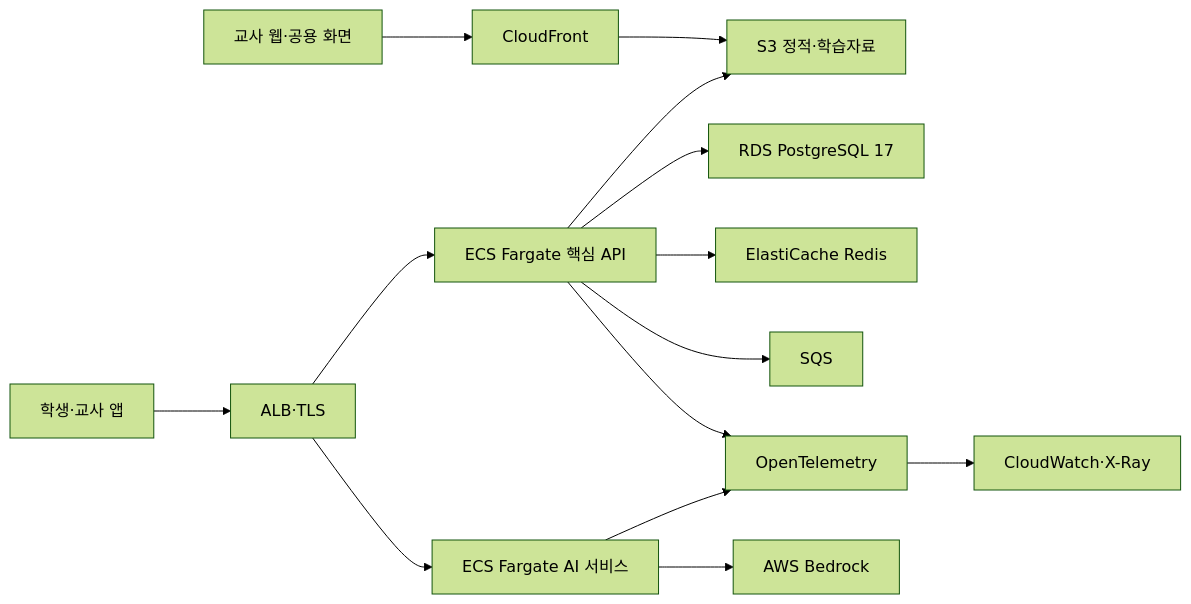
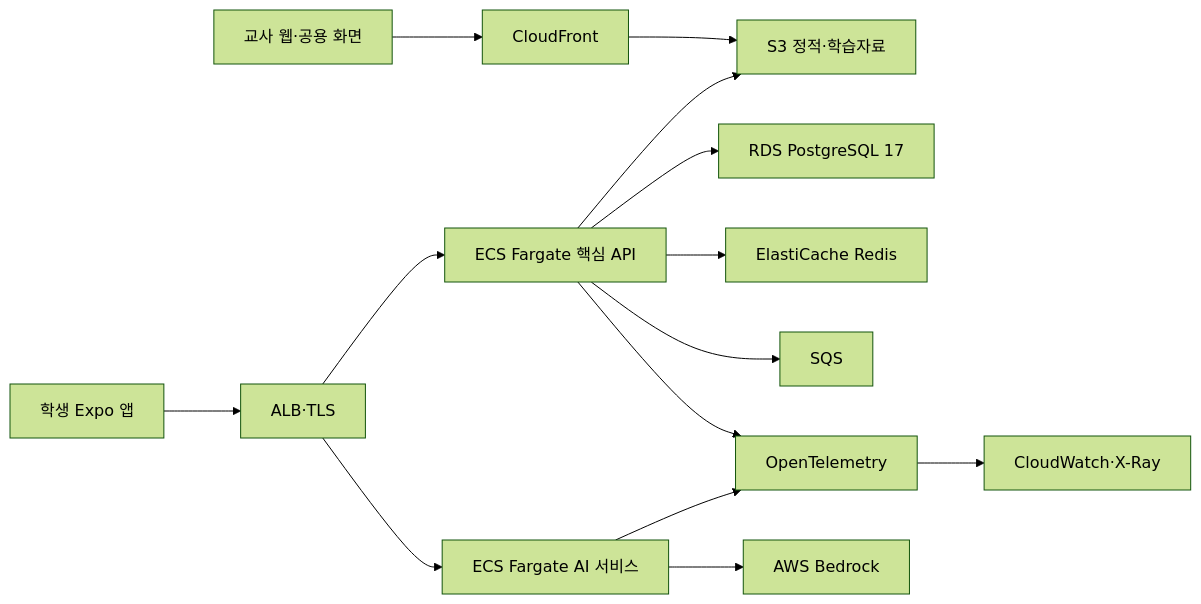
The diagram in docs/INFRASTRUCTURE_BASELINE.md (watermell0n/EcoVillgae), drawn with Mermaid (forest theme) before and after one commit. The commit also changed 16 other files, not shown here.

Commit message:
docs: align Expo student app and teacher web architecture

````diff
--- a/docs/INFRASTRUCTURE_BASELINE.md
+++ b/docs/INFRASTRUCTURE_BASELINE.md
@@ -37,16 +37,16 @@
 ```mermaid
 flowchart LR
-    APP["학생·교사 앱"] --> ALB["ALB·TLS"]
+    APP["학생 Expo 앱"] --> ALB["ALB·TLS"]
     WEB["교사 웹·공용 화면"] --> CDN["CloudFront"]
     CDN --> S3["S3 정적·학습자료"]
     ALB --> API["ECS Fargate 핵심 API"]
     ALB --> AI["ECS Fargate AI 서비스"]
     API --> RDS["RDS PostgreSQL 17"]
     API --> REDIS["ElastiCache Redis"]
     API --> SQS["SQS"]
     API --> S3
     API --> OTEL["OpenTelemetry"]
     AI --> BEDROCK["AWS Bedrock"]
     AI --> OTEL
     OTEL --> CW["CloudWatch·X-Ray"]
 ```
````
